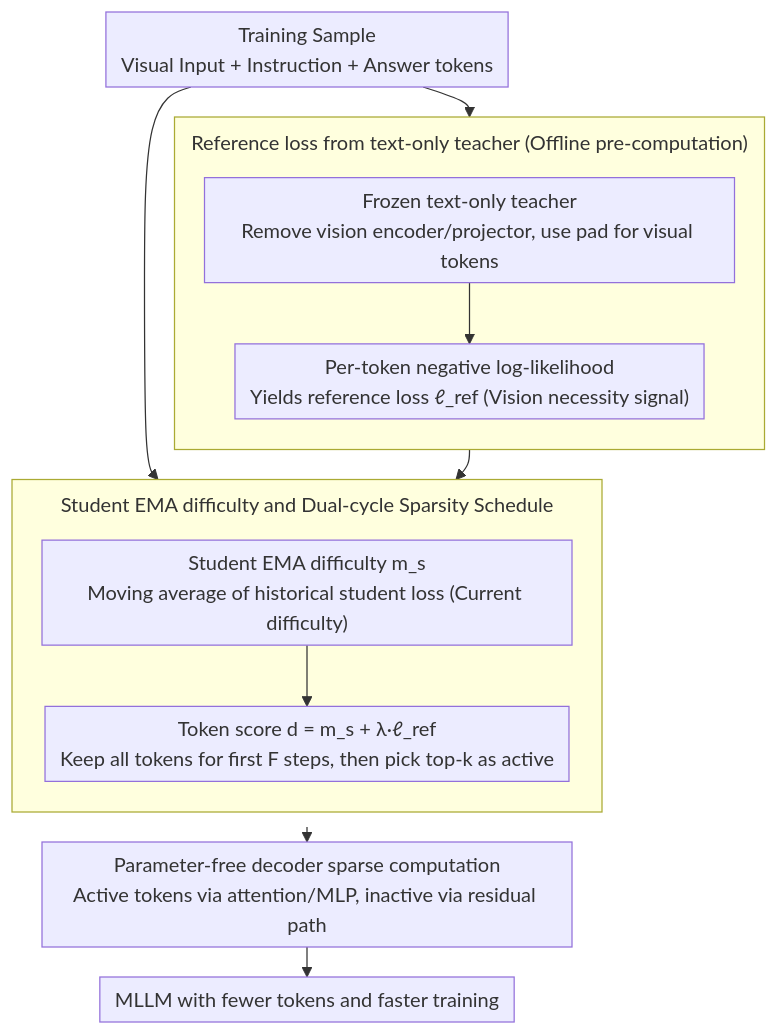
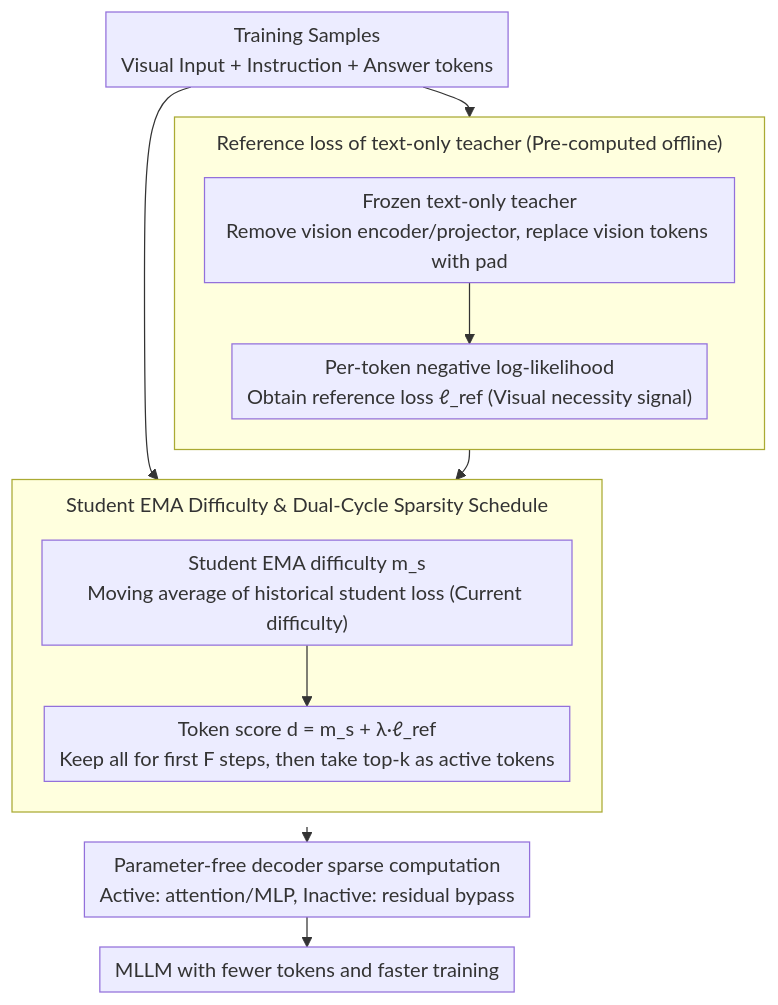
The diagram in docs/ACL2026/vlm_efficiency/regate_learning_faster_and_better_with_fewer_tokens_in_mllms.md (zhaoyang97/Paper-Notes-en), drawn with Mermaid before and after one commit. The commit also changed other lines of this file and 5084 other files, not shown here.

````diff
--- a/docs/ACL2026/vlm_efficiency/regate_learning_faster_and_better_with_fewer_tokens_in_mllms.md
+++ b/docs/ACL2026/vlm_efficiency/regate_learning_faster_and_better_with_fewer_tokens_in_mllms.md
@@ -45,22 +45,22 @@
 ```mermaid
 %%{init: {'flowchart': {'rankSpacing': 24, 'nodeSpacing': 28, 'padding': 6, 'wrappingWidth': 400, 'subGraphTitleMargin': {'top': 8, 'bottom': 16}}}}%%
 flowchart TD
-    IN["Training Sample<br/>Visual Input + Instruction + Answer tokens"]
-    subgraph REF["Reference loss from text-only teacher (Offline pre-computation)"]
+    IN["Training Samples<br/>Visual Input + Instruction + Answer tokens"]
+    subgraph REF["Reference loss of text-only teacher (Pre-computed offline)"]
         direction TB
-        T1["Frozen text-only teacher<br/>Remove vision encoder/projector, use pad for visual tokens"]
-        T2["Per-token negative log-likelihood<br/>Yields reference loss ℓ_ref (Vision necessity signal)"]
+        T1["Frozen text-only teacher<br/>Remove vision encoder/projector, replace vision tokens with pad"]
+        T2["Per-token negative log-likelihood<br/>Obtain reference loss ℓ_ref (Visual necessity signal)"]
         T1 --> T2
     end
-    subgraph SCH["Student EMA difficulty and Dual-cycle Sparsity Schedule"]
+    subgraph SCH["Student EMA Difficulty & Dual-Cycle Sparsity Schedule"]
         direction TB
         EMA["Student EMA difficulty m_s<br/>Moving average of historical student loss (Current difficulty)"]
-        SCORE["Token score d = m_s + λ·ℓ_ref<br/>Keep all tokens for first F steps, then pick top-k as active"]
+        SCORE["Token score d = m_s + λ·ℓ_ref<br/>Keep all for first F steps, then take top-k as active tokens"]
         EMA --> SCORE
     end
     IN --> REF
     IN --> EMA
     REF --> SCORE
-    SCH --> SPARSE["Parameter-free decoder sparse computation<br/>Active tokens via attention/MLP, inactive via residual path"]
+    SCH --> SPARSE["Parameter-free decoder sparse computation<br/>Active: attention/MLP, Inactive: residual bypass"]
     SPARSE --> OUT["MLLM with fewer tokens and faster training"]
 ```
````
